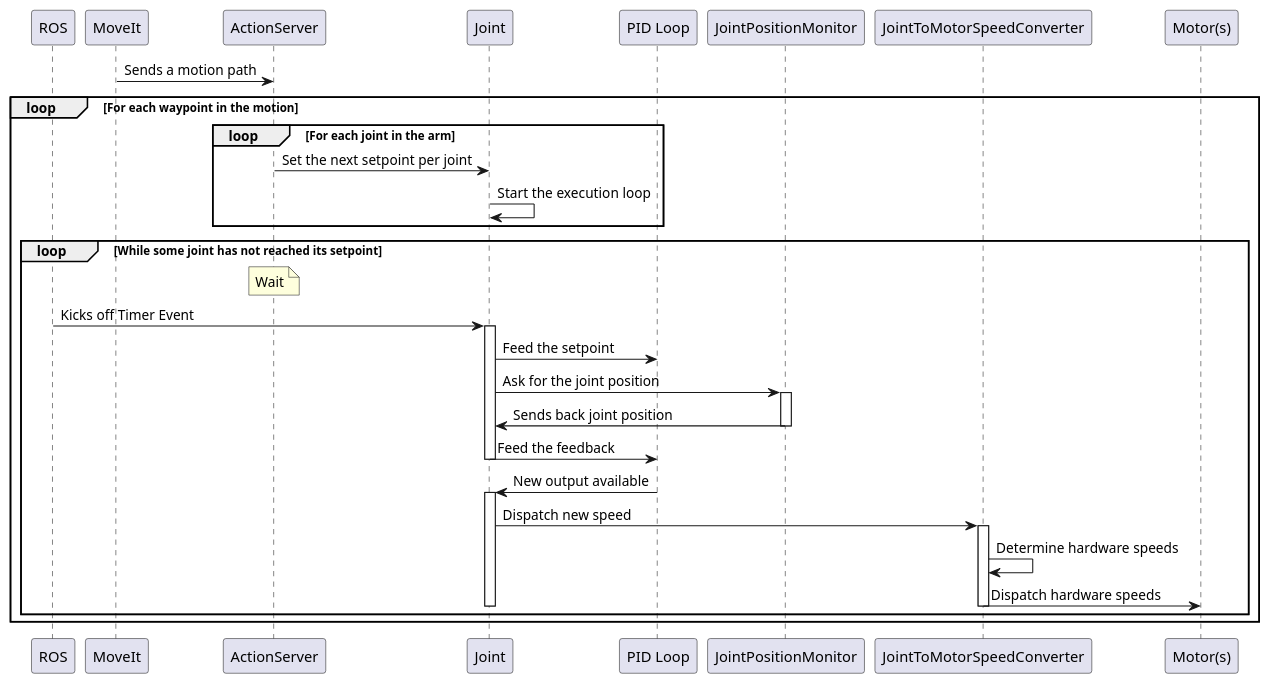
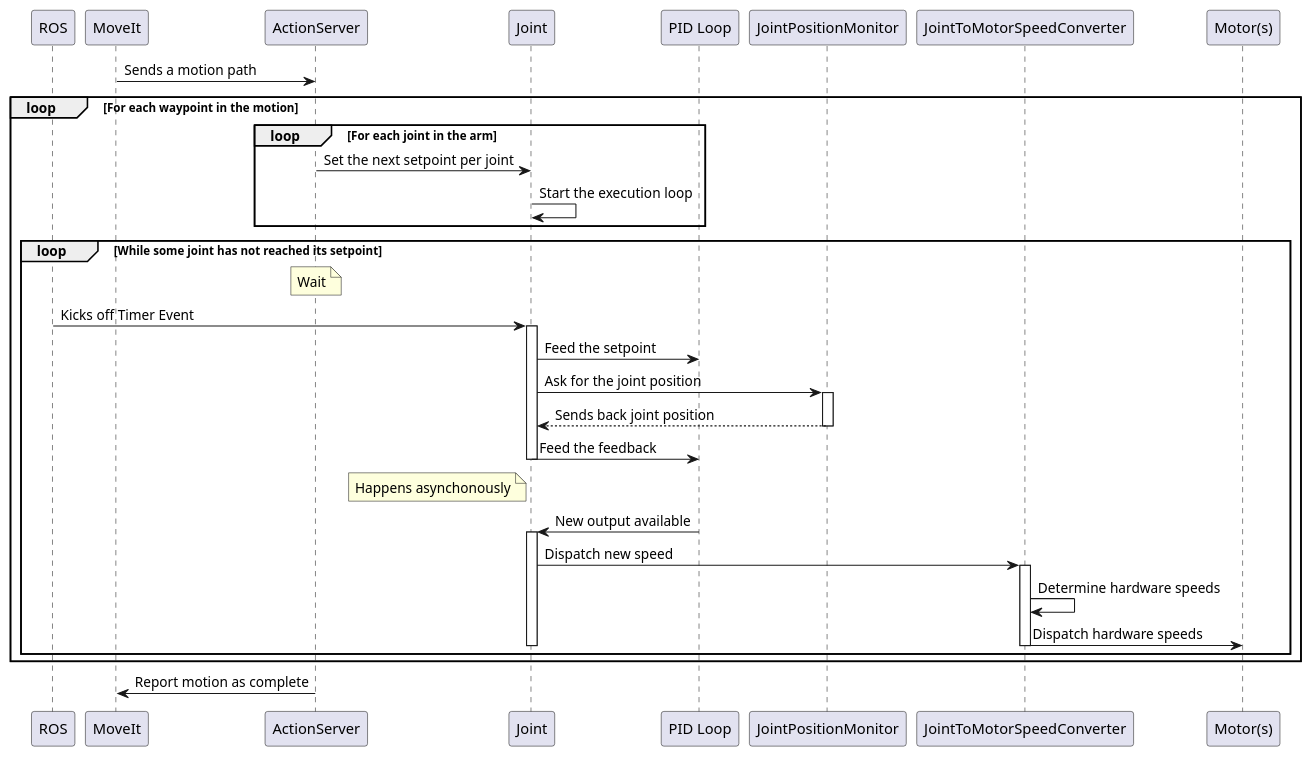
The second of 2 diagrams in src/wr_control_drive_arm/structure.wsd (WisconsinRobotics/WRover_Software_23-24), drawn with PlantUML before and after one commit. The commit also changed other lines of this file, not shown here.

```diff
--- a/src/wr_control_drive_arm/structure.wsd
+++ b/src/wr_control_drive_arm/structure.wsd
@@ -43,32 +66,34 @@
 @startuml seq
     participant ROS
     MoveIt -> ActionServer : Sends a motion path
     loop For each waypoint in the motion
         loop For each joint in the arm
             ActionServer -> Joint : Set the next setpoint per joint
             Joint -> Joint : Start the execution loop
         end
         loop While some joint has not reached its setpoint
             note over ActionServer : Wait
             ROS -> Joint : Kicks off Timer Event
             activate Joint
             Joint -> "PID Loop" : Feed the setpoint
             Joint -> JointPositionMonitor : Ask for the joint position
             activate JointPositionMonitor
-            JointPositionMonitor -> Joint : Sends back joint position
+            JointPositionMonitor --> Joint : Sends back joint position
             deactivate JointPositionMonitor
             Joint -> "PID Loop" : Feed the feedback
             deactivate Joint
 
+            note left of Joint : Happens asynchonously
             "PID Loop" -> Joint : New output available
             activate Joint
             Joint -> JointToMotorSpeedConverter : Dispatch new speed
             activate JointToMotorSpeedConverter
             JointToMotorSpeedConverter -> JointToMotorSpeedConverter : Determine hardware speeds
             JointToMotorSpeedConverter -> "Motor(s)" : Dispatch hardware speeds
             deactivate JointToMotorSpeedConverter
             deactivate Joint
         end
     end
+    ActionServer -> MoveIt : Report motion as complete
     
 @enduml
```
